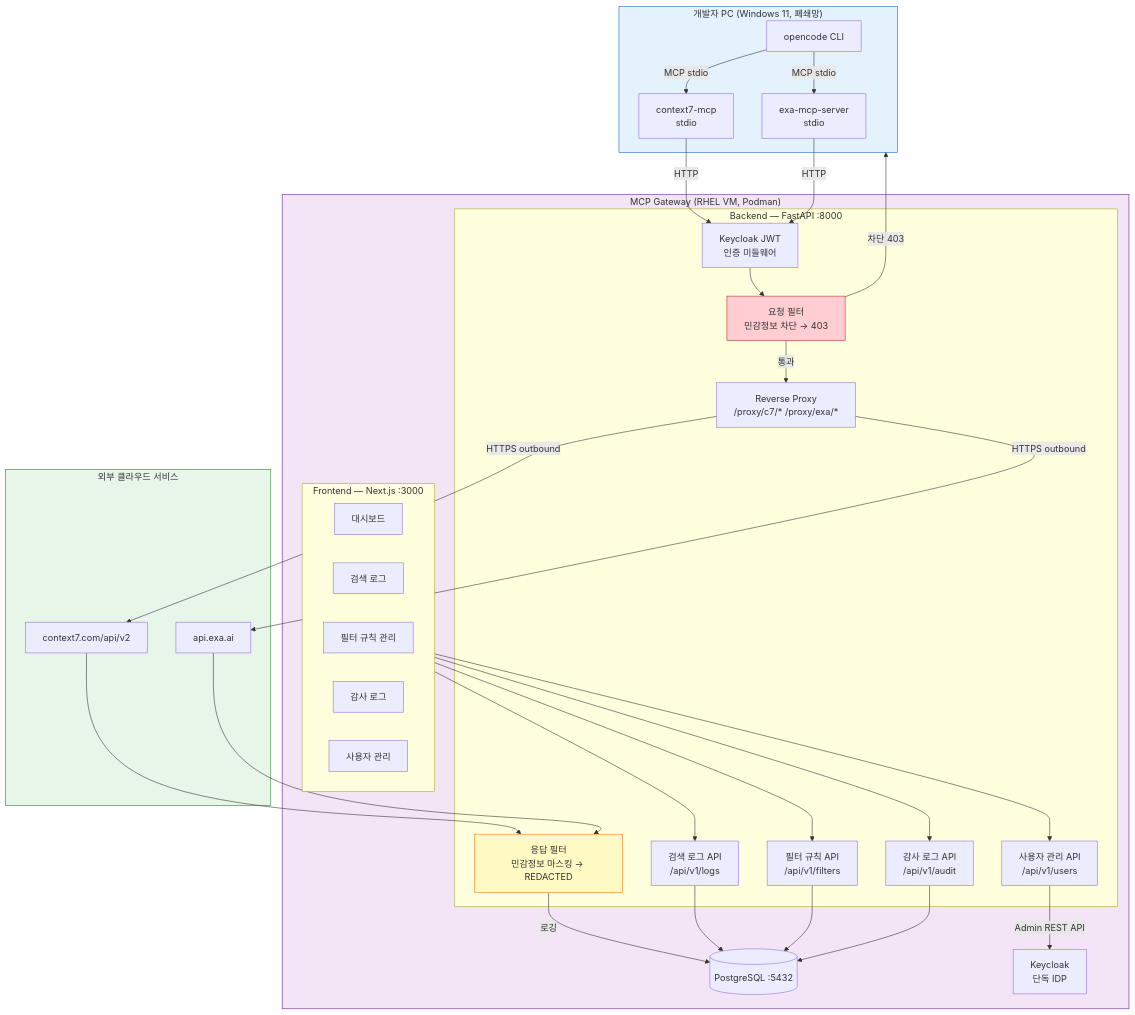
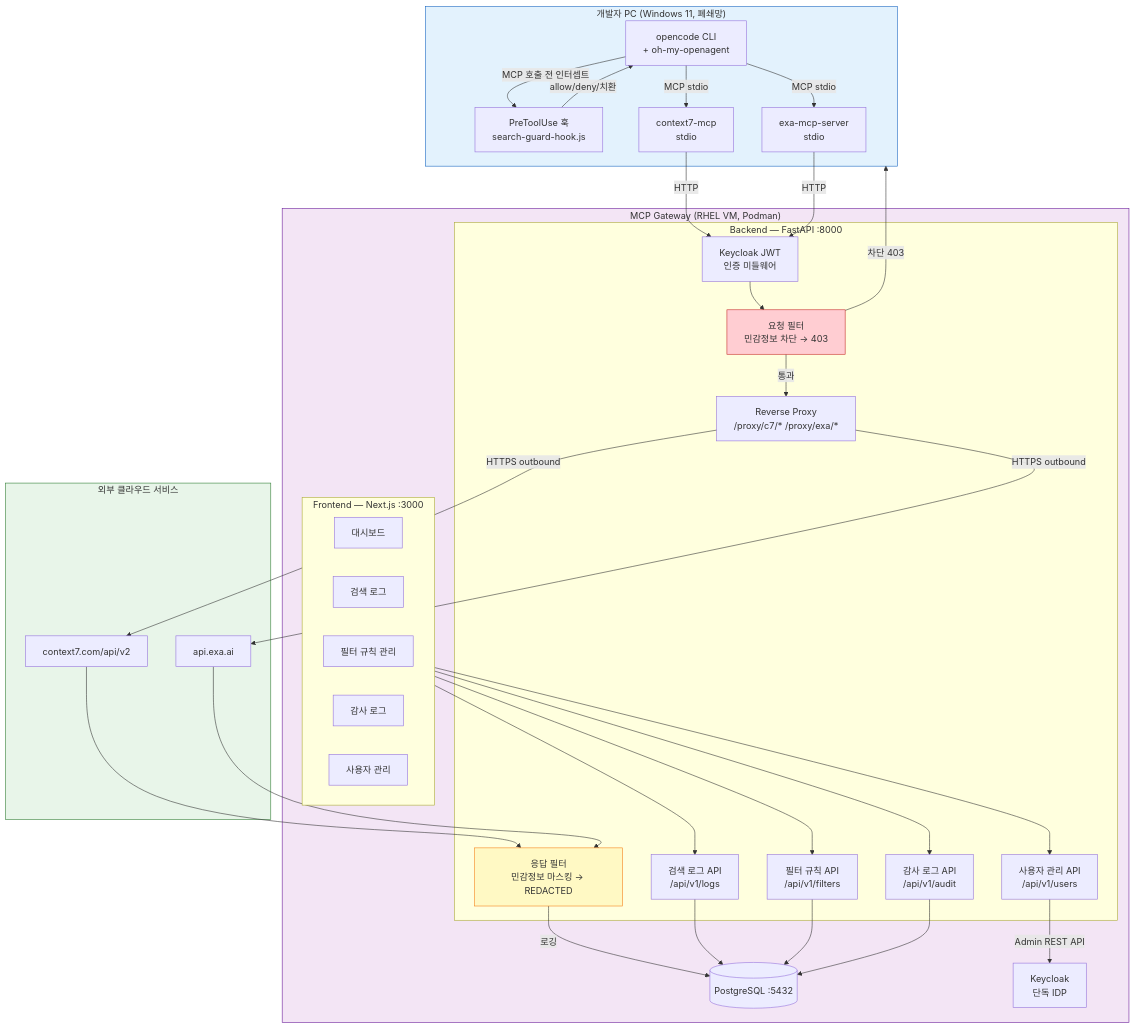
Before and after one commit to schong7100/mcp_gateway: the diagram in architecture/01-system-architecture.md, drawn with Mermaid. The commit also changed other lines of this file and 3 other files, not shown here.

Commit message:
docs: 아키텍처 문서 3계층 방어 체계로 업데이트 — PreToolUse 훅 + search-guard + Gateway

````diff
--- a/architecture/01-system-architecture.md
+++ b/architecture/01-system-architecture.md
@@ -10,60 +9,63 @@
 ```mermaid
 graph TB
     subgraph DEV["개발자 PC (Windows 11, 폐쇄망)"]
-        OC[opencode CLI]
+        OC[opencode CLI<br/>+ oh-my-openagent]
+        HOOK[PreToolUse 훅<br/>search-guard-hook.js]
         C7M[context7-mcp<br/>stdio]
         EXAM[exa-mcp-server<br/>stdio]
         OC -->|MCP stdio| C7M
         OC -->|MCP stdio| EXAM
+        OC -->|"MCP 호출 전 인터셉트"| HOOK
+        HOOK -->|"allow/deny/치환"| OC
     end
 
     subgraph GW["MCP Gateway (RHEL VM, Podman)"]
         subgraph BE["Backend — FastAPI :8000"]
             AUTH[Keycloak JWT<br/>인증 미들웨어]
             REQ_FILTER[요청 필터<br/>민감정보 차단 → 403]
             PROXY[Reverse Proxy<br/>/proxy/c7/* /proxy/exa/*]
             RES_FILTER[응답 필터<br/>민감정보 마스킹 → REDACTED]
             API_LOG[검색 로그 API<br/>/api/v1/logs]
             API_FILTER[필터 규칙 API<br/>/api/v1/filters]
             API_AUDIT[감사 로그 API<br/>/api/v1/audit]
             API_USERS[사용자 관리 API<br/>/api/v1/users]
         end
 
         subgraph FE["Frontend — Next.js :3000"]
             DASH[대시보드]
             LOG_UI[검색 로그]
             FILTER_UI[필터 규칙 관리]
             AUDIT_UI[감사 로그]
             USER_UI[사용자 관리]
         end
 
         DB[(PostgreSQL :5432)]
         KC[Keycloak<br/>단독 IDP]
     end
 
     subgraph EXT["외부 클라우드 서비스"]
         C7API[context7.com/api/v2]
         EXAAPI[api.exa.ai]
     end
 
     C7M -->|"HTTP"| AUTH
     EXAM -->|"HTTP"| AUTH
     AUTH --> REQ_FILTER
     REQ_FILTER -->|통과| PROXY
     REQ_FILTER -->|"차단 403"| DEV
     PROXY -->|HTTPS outbound| C7API
     PROXY -->|HTTPS outbound| EXAAPI
     C7API --> RES_FILTER
     EXAAPI --> RES_FILTER
     RES_FILTER -->|로깅| DB
 
     FE --> API_LOG & API_FILTER & API_AUDIT & API_USERS
     API_LOG & API_FILTER & API_AUDIT --> DB
     API_USERS -->|Admin REST API| KC
 
     style DEV fill:#e3f2fd,stroke:#1565c0
     style GW fill:#f3e5f5,stroke:#6a1b9a
     style EXT fill:#e8f5e9,stroke:#2e7d32
     style REQ_FILTER fill:#ffcdd2,stroke:#c62828
     style RES_FILTER fill:#fff9c4,stroke:#f57f17
 ```
````
